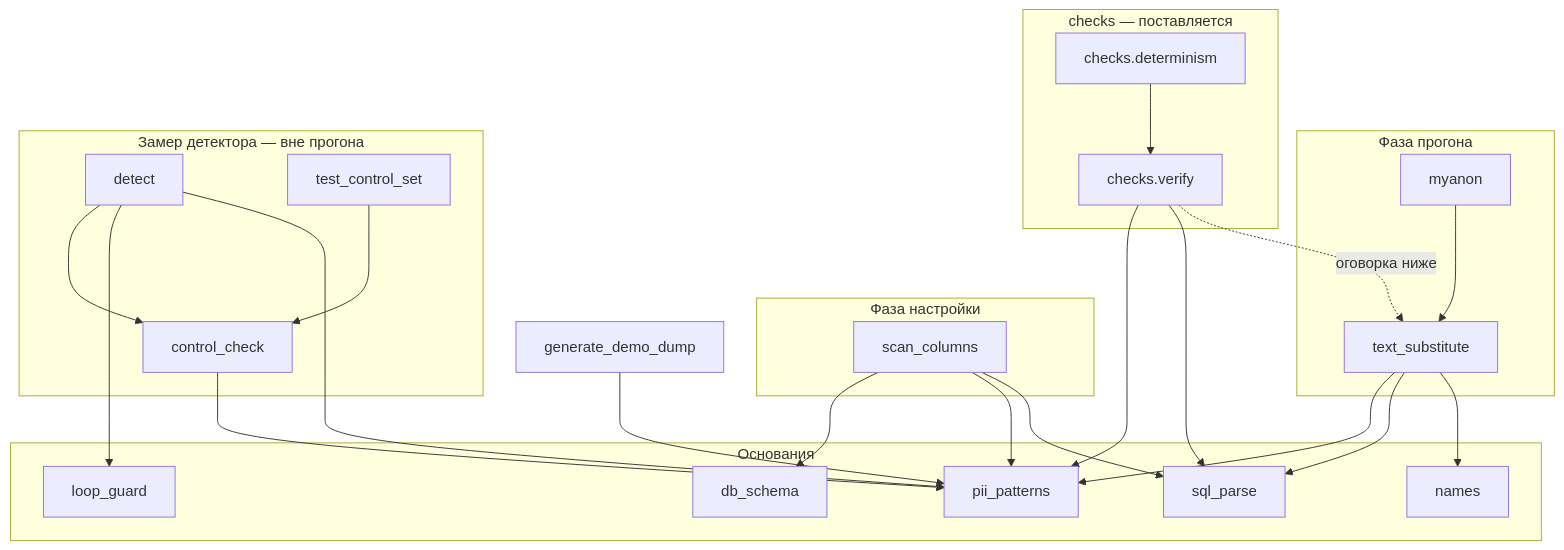
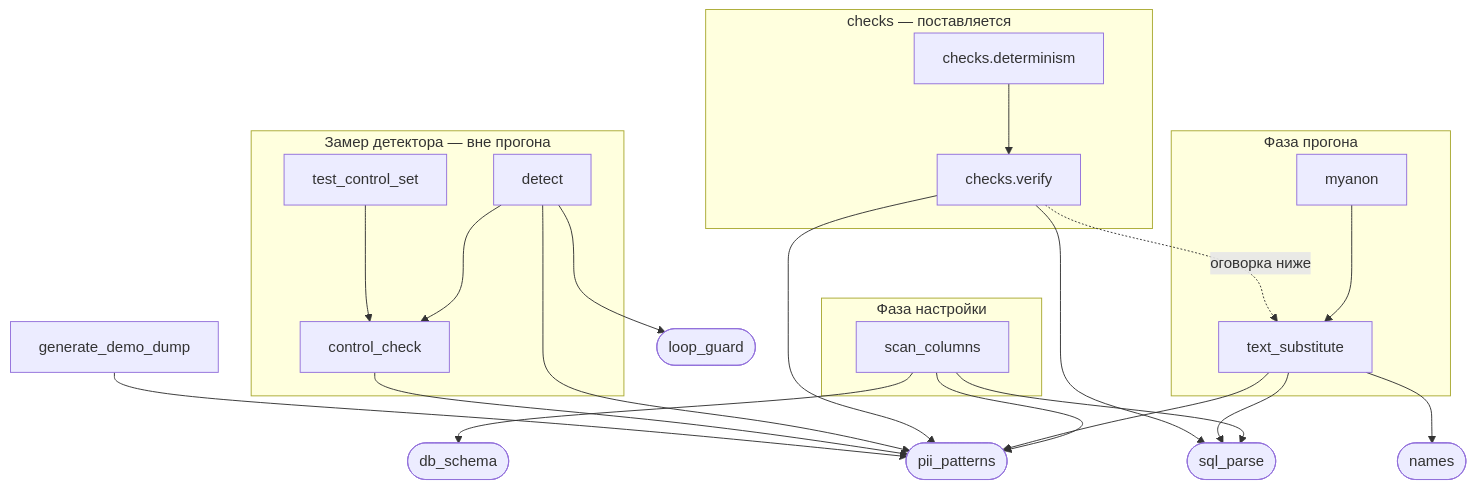
The first of 2 diagrams in README.md (Andrey-Ostapenko/rusal-sanitizer), drawn with Mermaid before and after one commit.

Commit message:
Граф модулей: основания без рамки, меньше пересечений
Подпись subgraph «Основания» накладывалась на ребро. Рамка снята,
основания помечены скруглёнными узлами и подписью под графом.
Проверено отрисовкой mermaid 10.9.1 в headless Chrome: обе схемы
рисуются без ошибок и помещаются в 940 пикселей ширины.

````diff
--- a/README.md
+++ b/README.md
@@ -157,53 +157,46 @@
 ```mermaid
 graph TD
-    subgraph Прогон["Фаза прогона"]
-        myanon["myanon"]
-        subst["text_substitute"]
-    end
-
-    subgraph Проверка["checks — поставляется"]
-        verify["checks.verify"]
-        determ["checks.determinism"]
-    end
-
     subgraph Настройка["Фаза настройки"]
         scan["scan_columns"]
     end
 
+    subgraph Прогон["Фаза прогона"]
+        myanon["myanon"] --> subst["text_substitute"]
+    end
+
+    subgraph Проверка["checks — поставляется"]
+        determ["checks.determinism"] --> verify["checks.verify"]
+    end
+
     subgraph Замер["Замер детектора — вне прогона"]
         detect["detect"]
+        test["test_control_set"]
         control["control_check"]
-        test["test_control_set"]
     end
 
-    subgraph Основания["Основания"]
-        pii["pii_patterns"]
-        sql_parse["sql_parse"]
-        db_schema["db_schema"]
-        guard["loop_guard"]
-        names["names"]
-    end
-
+    db_schema(["db_schema"])
+    sql_parse(["sql_parse"])
+    pii(["pii_patterns"])
+    names(["names"])
+    guard(["loop_guard"])
     gen["generate_demo_dump"]
 
-    myanon --> subst
-    subst --> pii
+    scan --> db_schema
+    scan --> sql_parse
+    scan --> pii
+
     subst --> sql_parse
     subst --> names
+    subst --> pii
 
+    verify --> sql_parse
     verify --> pii
-    verify --> sql_parse
     verify -.->|"оговорка ниже"| subst
-    determ --> verify
-
-    scan --> db_schema
-    scan --> pii
-    scan --> sql_parse
 
     detect --> control
     detect --> guard
     detect --> pii
     test --> control
     control --> pii
     gen --> pii
 ```
````
